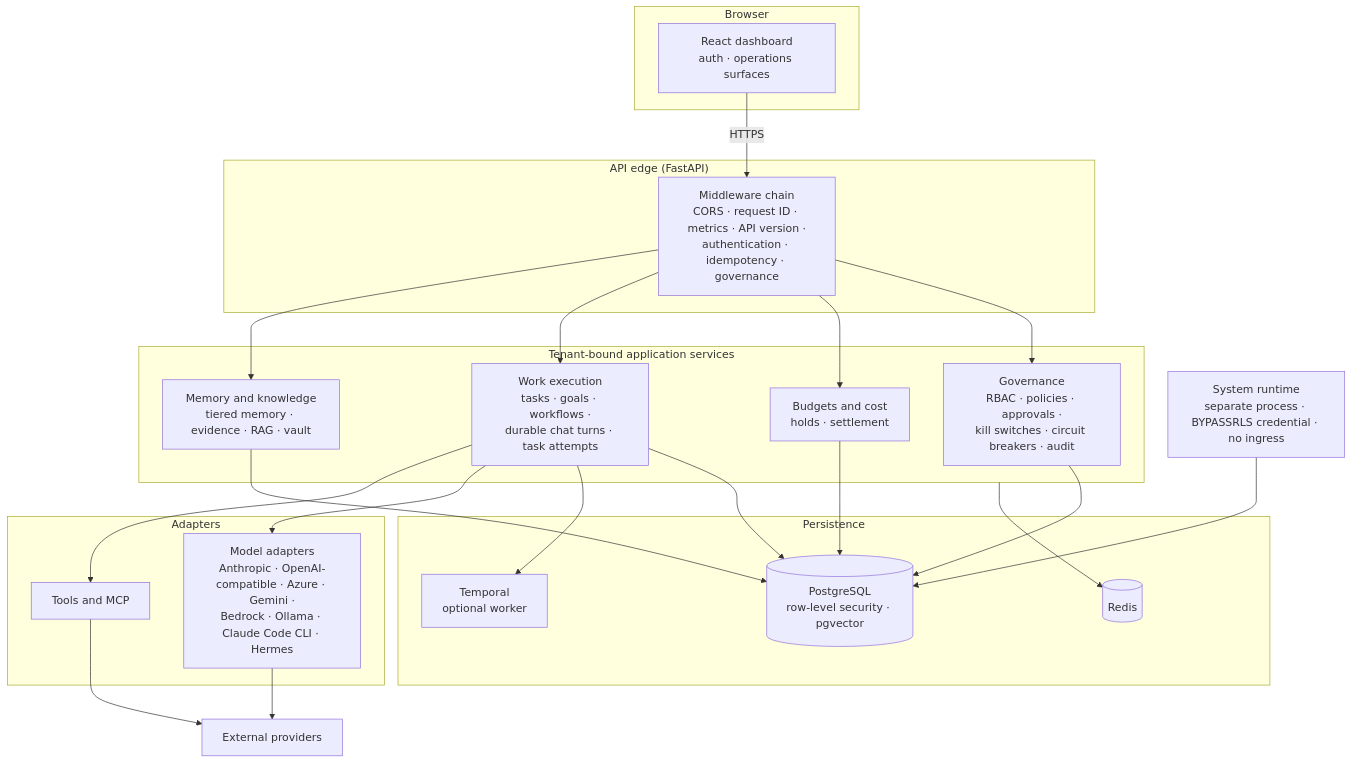
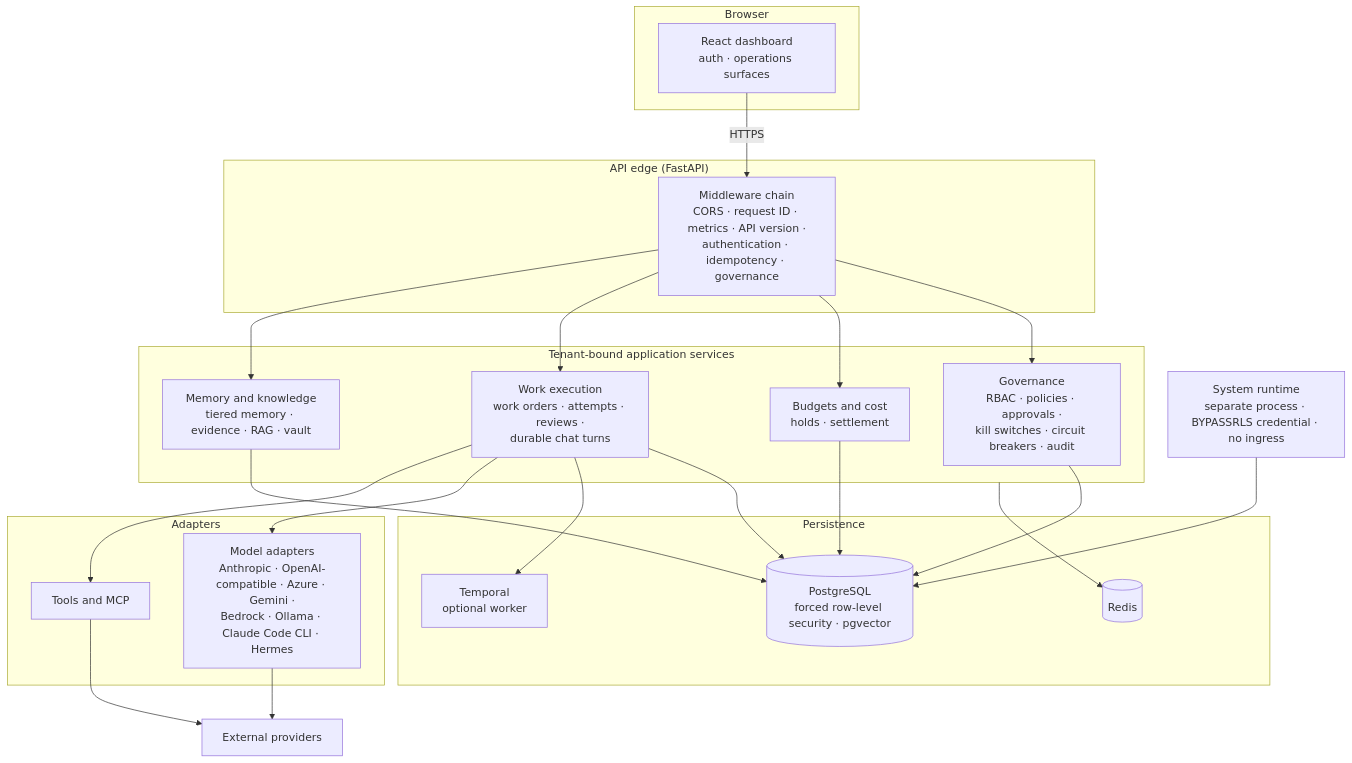
One commit to naviyanka/NVLabsCompany changed the diagram in README.md. Above: the diagram before and after it, drawn with Mermaid. The commit also changed other lines of this file, not shown here.

First line of the commit message:
docs: reconcile README with current main after work-loop, auth-UI and auditor merges

````diff
--- a/README.md
+++ b/README.md
@@ -67,49 +35,49 @@
 ```mermaid
 flowchart TB
     subgraph client["Browser"]
         UI["React dashboard<br/>auth · operations surfaces"]
     end
 
     subgraph edge["API edge (FastAPI)"]
         MW["Middleware chain<br/>CORS · request ID · metrics · API version ·<br/>authentication · idempotency · governance"]
     end
 
     subgraph app["Tenant-bound application services"]
         GOV["Governance<br/>RBAC · policies · approvals ·<br/>kill switches · circuit breakers · audit"]
         BUD["Budgets and cost<br/>holds · settlement"]
-        WORK["Work execution<br/>tasks · goals · workflows ·<br/>durable chat turns · task attempts"]
+        WORK["Work execution<br/>work orders · attempts · reviews ·<br/>durable chat turns"]
         MEM["Memory and knowledge<br/>tiered memory · evidence · RAG · vault"]
     end
 
     SR["System runtime<br/>separate process · BYPASSRLS credential · no ingress"]
 
     subgraph data["Persistence"]
-        PG[("PostgreSQL<br/>row-level security · pgvector")]
+        PG[("PostgreSQL<br/>forced row-level security · pgvector")]
         RD[("Redis")]
         TP["Temporal<br/>optional worker"]
     end
 
     subgraph providers["Adapters"]
         AD["Model adapters<br/>Anthropic · OpenAI-compatible · Azure · Gemini ·<br/>Bedrock · Ollama · Claude Code CLI · Hermes"]
         TOOLS["Tools and MCP"]
     end
 
     EXT["External providers"]
 
     UI -->|HTTPS| MW
     MW --> GOV
     MW --> BUD
     MW --> WORK
     MW --> MEM
     GOV --> PG
     BUD --> PG
     WORK --> PG
     WORK --> TP
     MEM --> PG
     app --> RD
     WORK --> AD
     WORK --> TOOLS
     SR --> PG
     AD --> EXT
     TOOLS --> EXT
 ```
````
